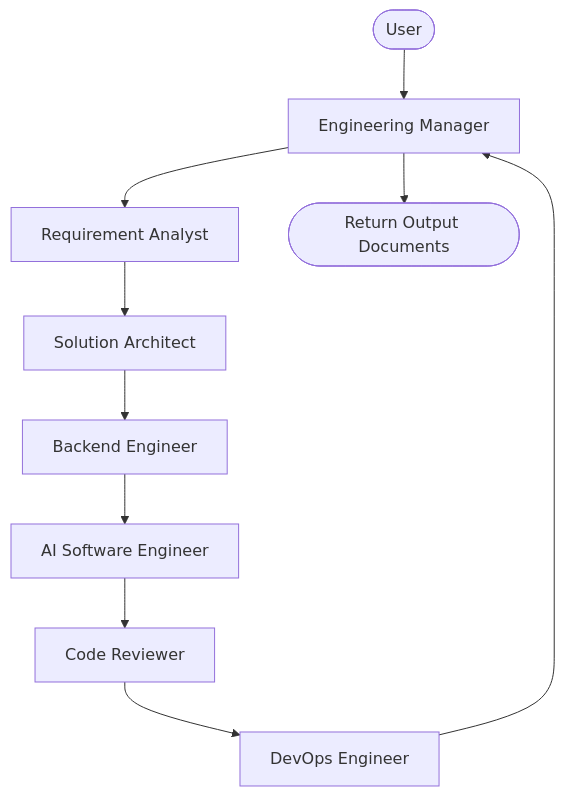
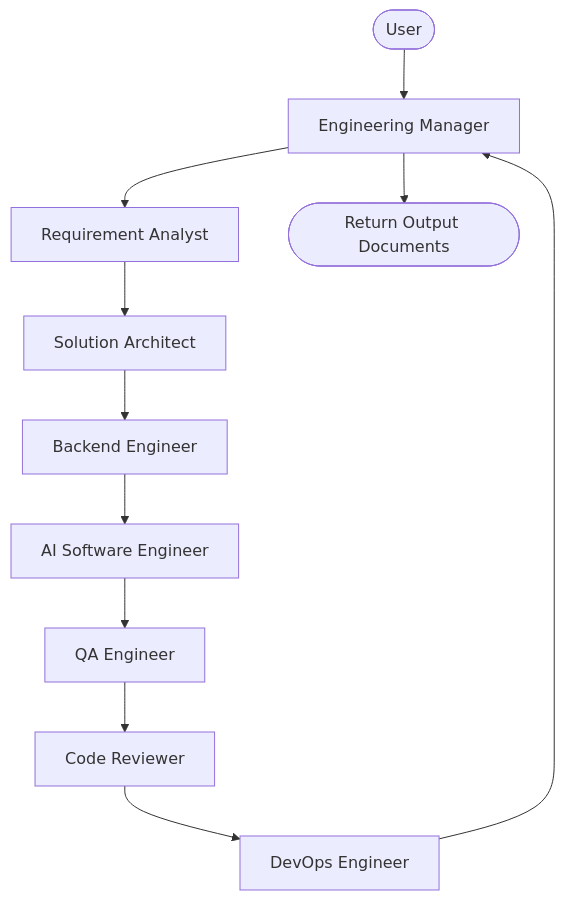
The diagram in README.md (gunabh25/forge-ai), drawn with Mermaid before and after one commit. The commit also changed other lines of this file and 3 other files, not shown here.

````diff
--- a/README.md
+++ b/README.md
@@ -41,12 +42,13 @@
 ```mermaid
 graph TD
     User([User]) --> EM[Engineering Manager]
     EM --> RA[Requirement Analyst]
     RA --> SA[Solution Architect]
     SA --> BE[Backend Engineer]
     BE --> SE[AI Software Engineer]
-    SE --> CR[Code Reviewer]
+    SE --> QA[QA Engineer]
+    QA --> CR[Code Reviewer]
     CR --> DE[DevOps Engineer]
     DE --> EM
     EM --> FinalOutput([Return Output Documents])
 ```
````
